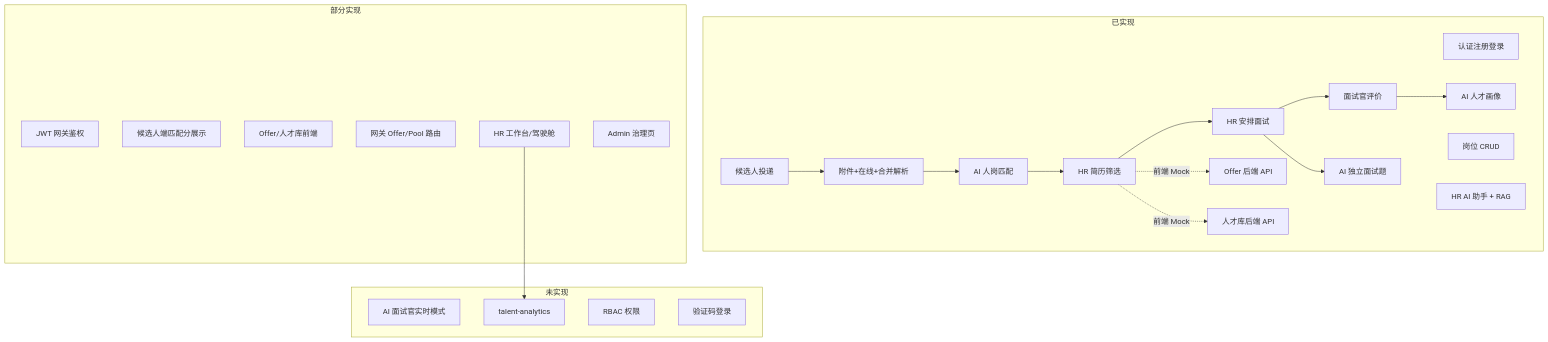
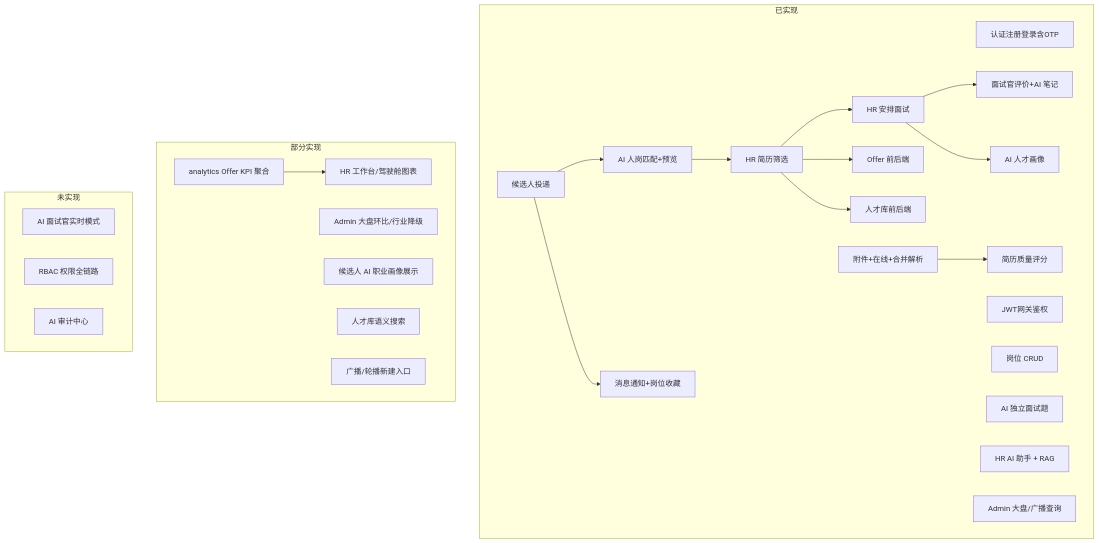
The diagram in docs/项目进度与待完善清单.md (DDYQ707/talentAI), drawn with Mermaid before and after one commit. The commit also changed other lines of this file and 55 other files, not shown here.

````diff
--- a/docs/项目进度与待完善清单.md
+++ b/docs/项目进度与待完善清单.md
@@ -32,42 +32,46 @@
 ```mermaid
 flowchart TB
     subgraph done [已实现]
-        A1[认证注册登录]
-        A2[岗位 CRUD]
-        A3[候选人投递]
-        A4[附件+在线+合并解析]
-        A5[HR 简历筛选]
-        A6[AI 人岗匹配]
-        A7[HR 安排面试]
-        A8[面试官评价]
-        A9[AI 人才画像]
-        A10[AI 独立面试题]
-        A11[HR AI 助手 + RAG]
-        A12[Offer 后端 API]
-        A13[人才库后端 API]
+        A1[认证注册登录含OTP]
+        A2[JWT网关鉴权]
+        A3[岗位 CRUD]
+        A4[候选人投递]
+        A5[附件+在线+合并解析]
+        A6[HR 简历筛选]
+        A7[AI 人岗匹配+预览]
+        A8[HR 安排面试]
+        A9[面试官评价+AI 笔记]
+        A10[AI 人才画像]
+        A11[AI 独立面试题]
+        A12[HR AI 助手 + RAG]
+        A13[Offer 前后端]
+        A14[人才库前后端]
+        A15[消息通知+岗位收藏]
+        A16[简历质量评分]
+        A17[Admin 大盘/广播查询]
     end
 
     subgraph partial [部分实现]
-        B1[JWT 网关鉴权]
-        B2[候选人端匹配分展示]
-        B3[Offer/人才库前端]
-        B4[网关 Offer/Pool 路由]
-        B5[HR 工作台/驾驶舱]
-        B6[Admin 治理页]
+        B1[HR 工作台/驾驶舱图表]
+        B2[analytics Offer KPI 聚合]
+        B3[Admin 大盘环比/行业降级]
+        B4[候选人 AI 职业画像展示]
+        B5[人才库语义搜索]
+        B6[广播/轮播新建入口]
     end
 
     subgraph missing [未实现]
         C1[AI 面试官实时模式]
-        C2[talent-analytics]
-        C3[RBAC 权限]
-        C4[验证码登录]
+        C2[RBAC 权限全链路]
+        C3[AI 审计中心]
     end
 
-    A3 --> A4 --> A6 --> A5
-    A5 --> A7 --> A8
-    A8 --> A9
-    A7 --> A10
-    A5 -.->|前端 Mock| A12
-    A5 -.->|前端 Mock| A13
-    B5 --> C2
+    A4 --> A7 --> A6
+    A6 --> A8 --> A9
+    A8 --> A10
+    A6 --> A13
+    A6 --> A14
+    A4 --> A15
+    A5 --> A16
+    B2 --> B1
 ```
````
